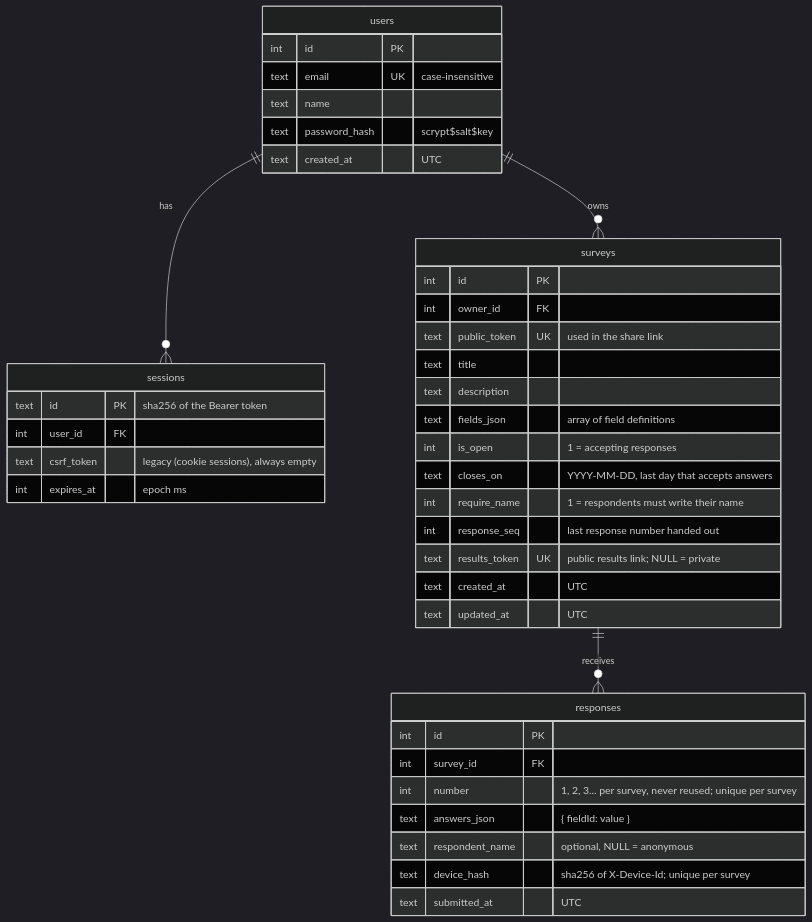
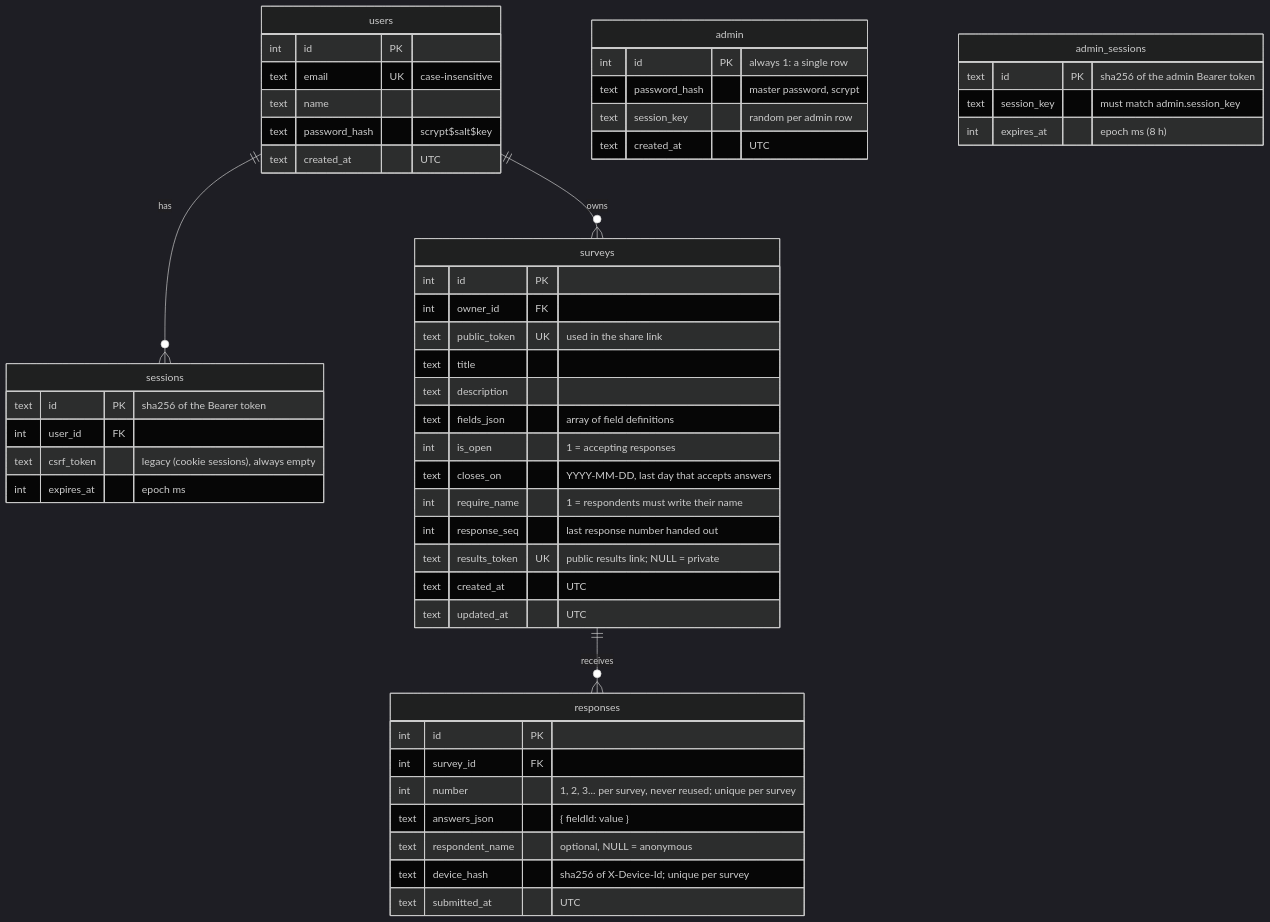
The third of 3 diagrams in CODE_GUIDE.md (yendri404/survery), drawn with Mermaid (dark theme) before and after one commit. The commit also changed other lines of this file and 1 other file, not shown here.

Commit message:
docs: admin panel, master password reset and its data model

````diff
--- a/CODE_GUIDE.md
+++ b/CODE_GUIDE.md
@@ -235,44 +236,55 @@
 ```mermaid
 erDiagram
     users ||--o{ sessions : has
     users ||--o{ surveys : owns
     surveys ||--o{ responses : receives
 
     users {
         int id PK
         text email UK "case-insensitive"
         text name
         text password_hash "scrypt$salt$key"
         text created_at "UTC"
     }
     sessions {
         text id PK "sha256 of the Bearer token"
         int user_id FK
         text csrf_token "legacy (cookie sessions), always empty"
         int expires_at "epoch ms"
     }
     surveys {
         int id PK
         int owner_id FK
         text public_token UK "used in the share link"
         text title
         text description
         text fields_json "array of field definitions"
         int is_open "1 = accepting responses"
         text closes_on "YYYY-MM-DD, last day that accepts answers"
         int require_name "1 = respondents must write their name"
         int response_seq "last response number handed out"
         text results_token UK "public results link; NULL = private"
         text created_at "UTC"
         text updated_at "UTC"
     }
     responses {
         int id PK
         int survey_id FK
         int number "1, 2, 3... per survey, never reused; unique per survey"
         text answers_json "{ fieldId: value }"
         text respondent_name "optional, NULL = anonymous"
         text device_hash "sha256 of X-Device-Id; unique per survey"
         text submitted_at "UTC"
     }
+    admin {
+        int id PK "always 1: a single row"
+        text password_hash "master password, scrypt"
+        text session_key "random per admin row"
+        text created_at "UTC"
+    }
+    admin_sessions {
+        text id PK "sha256 of the admin Bearer token"
+        text session_key "must match admin.session_key"
+        int expires_at "epoch ms (8 h)"
+    }
 ```
````
